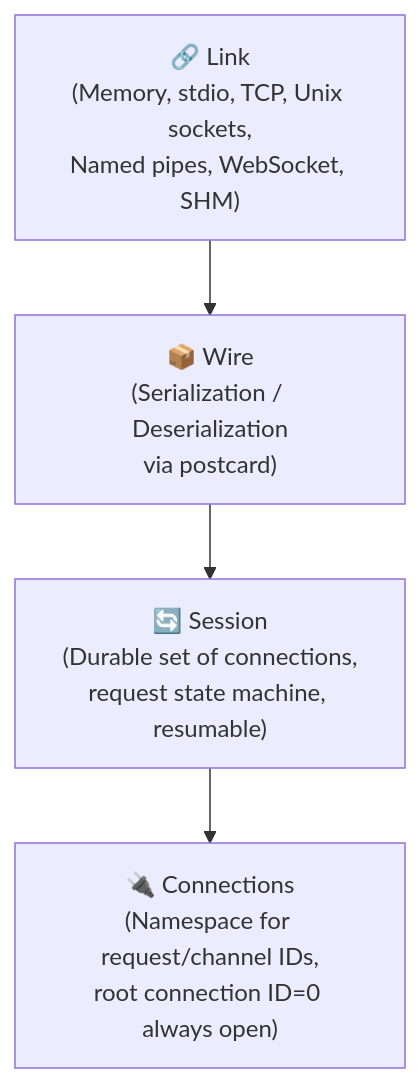
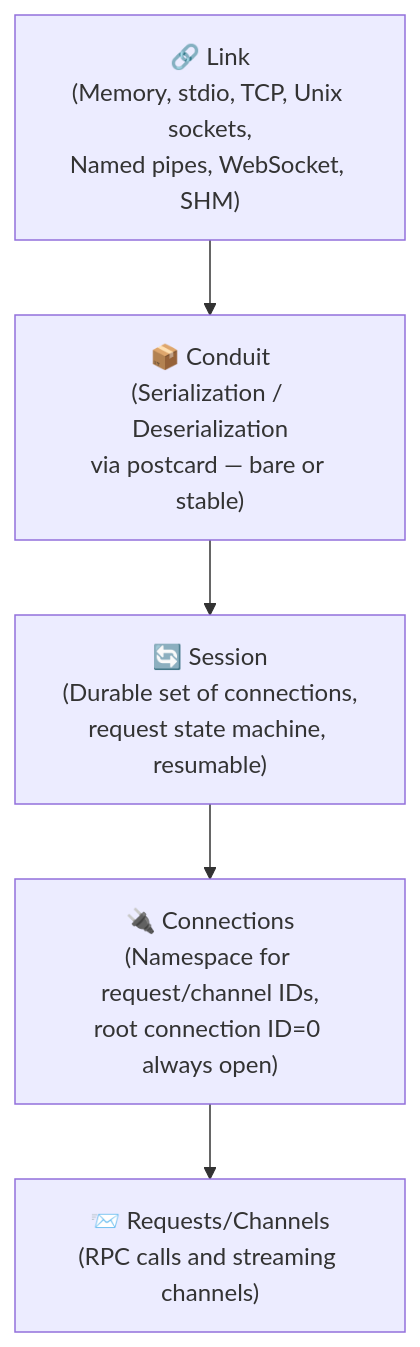
Before and after one commit to bearcove/roam: the diagram in docs/content/spec.md, drawn with Mermaid. The commit also changed other lines of this file and 14 other files, not shown here.

````diff
--- a/docs/content/spec.md
+++ b/docs/content/spec.md
@@ -88,9 +90,10 @@
 ```mermaid
 graph TD
     A["🔗 Link\n(Memory, stdio, TCP, Unix sockets,\nNamed pipes, WebSocket, SHM)"]
-    B["📦 Wire\n(Serialization / Deserialization\nvia postcard)"]
+    B["📦 Conduit\n(Serialization / Deserialization\nvia postcard — bare or stable)"]
     C["🔄 Session\n(Durable set of connections,\nrequest state machine, resumable)"]
     D["🔌 Connections\n(Namespace for request/channel IDs,\nroot connection ID=0 always open)"]
+    E["📨 Requests/Channels\n(RPC calls and streaming channels)"]
 
-    A --> B --> C --> D
+    A --> B --> C --> D --> E
 ```
````
